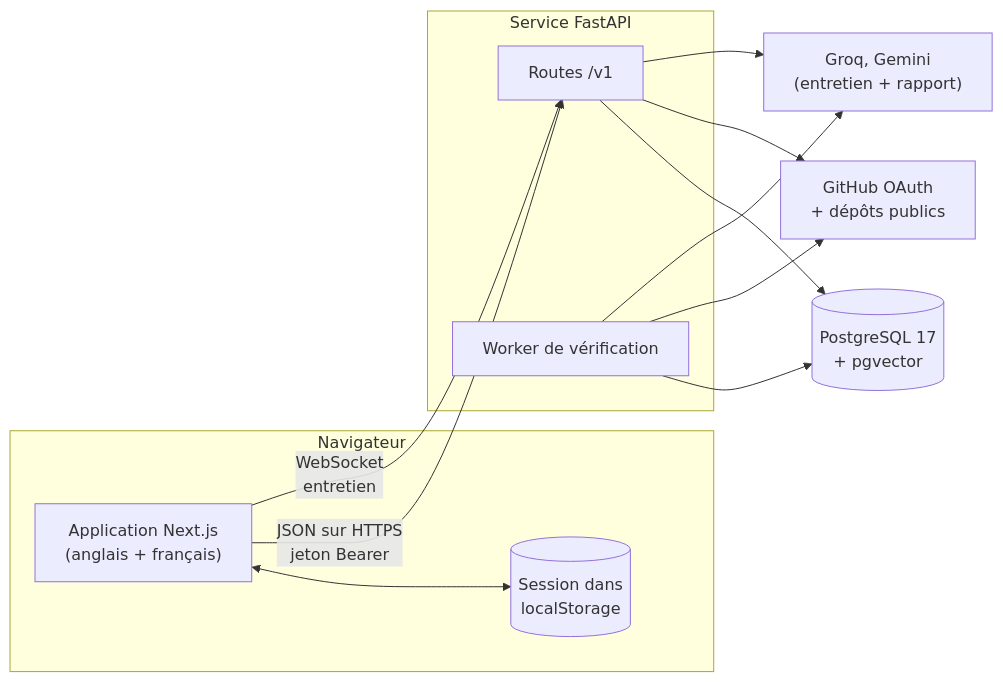
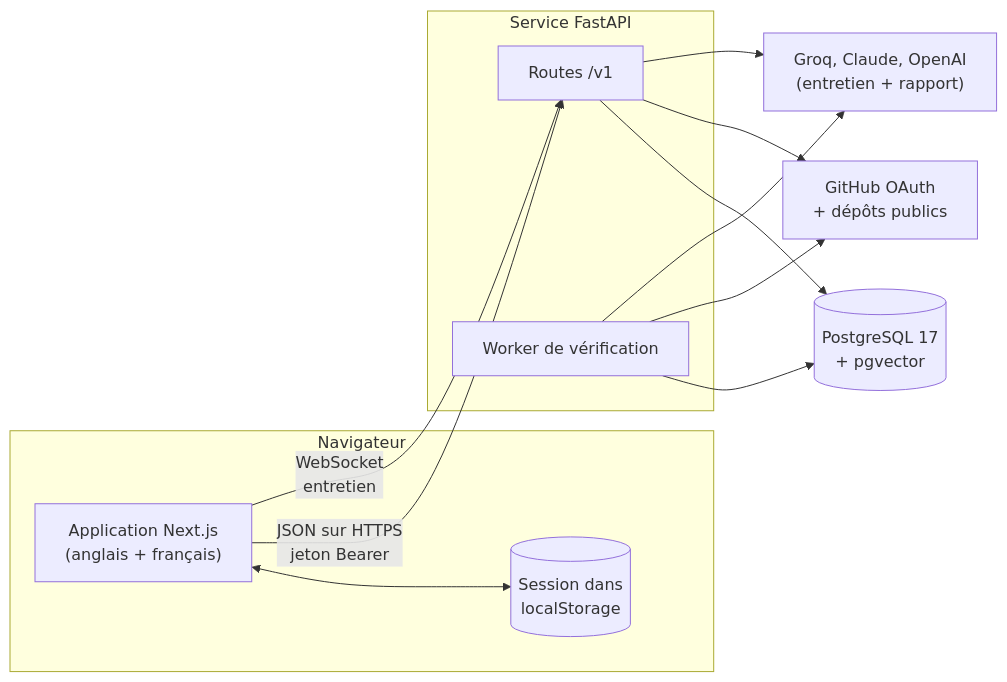
One commit to AI-UNIPOD/Village-Sqwhere-ACODEV changed the second of 3 diagrams in README.fr.md. Above: the diagram before and after it, drawn with Mermaid. The commit also changed other lines of this file and 28 other files, not shown here.

````diff
--- a/README.fr.md
+++ b/README.fr.md
@@ -185,24 +185,24 @@
 ```mermaid
 flowchart LR
   subgraph Navigateur
     UI["Application Next.js<br />(anglais + français)"]
     LS[("Session dans<br />localStorage")]
   end
   subgraph API["Service FastAPI"]
     R["Routes /v1"]
     W["Worker de vérification"]
   end
   DB[("PostgreSQL 17<br />+ pgvector")]
   GH["GitHub OAuth<br />+ dépôts publics"]
-  AI["Groq, Gemini<br />(entretien + rapport)"]
+  AI["Groq, Claude, OpenAI<br />(entretien + rapport)"]
 
   UI <--> LS
   UI -- "JSON sur HTTPS<br />jeton Bearer" --> R
   UI -- "WebSocket<br />entretien" --> R
   R --> DB
   W --> DB
   R --> GH
   W --> GH
   W --> AI
   R --> AI
 ```
````
